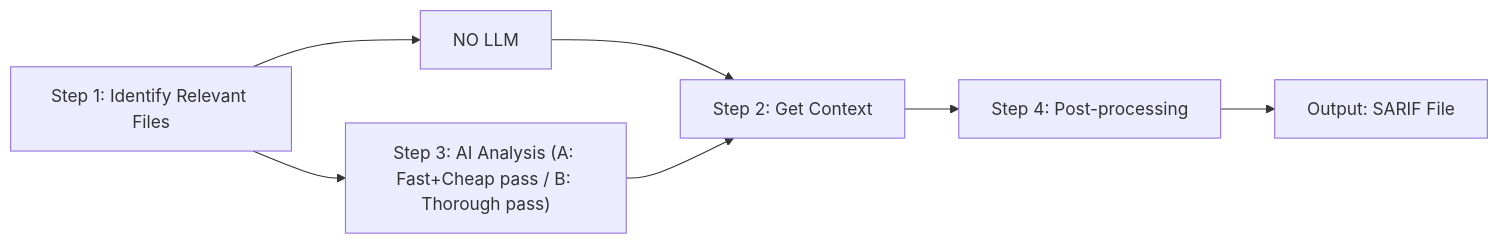
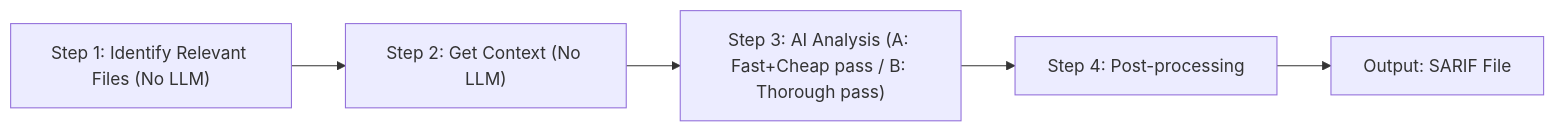
Before and after one commit to wiggitywhitney/board-notes: the diagram in datadog-illuminated/09-how-to-use-ai-to-find-security-flaws-in-static-code/notes.md, drawn with Mermaid. The commit also changed other lines of this file, not shown here.

Commit message:
fix: correct step order and No LLM annotation for ep9 board notes

````diff
--- a/datadog-illuminated/09-how-to-use-ai-to-find-security-flaws-in-static-code/notes.md
+++ b/datadog-illuminated/09-how-to-use-ai-to-find-security-flaws-in-static-code/notes.md
@@ -81,9 +83,7 @@
 ```mermaid
 flowchart LR
-    Step1["Step 1: Identify Relevant Files"] --> NoLLM["NO LLM"]
-    Step1 --> Step3
-    NoLLM --> Step2["Step 2: Get Context"]
-    Step3["Step 3: AI Analysis (A: Fast+Cheap pass / B: Thorough pass)"] --> Step2
-    Step2 --> Step4["Step 4: Post-processing"]
+    Step1["Step 1: Identify Relevant Files (No LLM)"] --> Step2["Step 2: Get Context (No LLM)"]
+    Step2 --> Step3["Step 3: AI Analysis (A: Fast+Cheap pass / B: Thorough pass)"]
+    Step3 --> Step4["Step 4: Post-processing"]
     Step4 --> SARIF["Output: SARIF File"]
 ```
````
